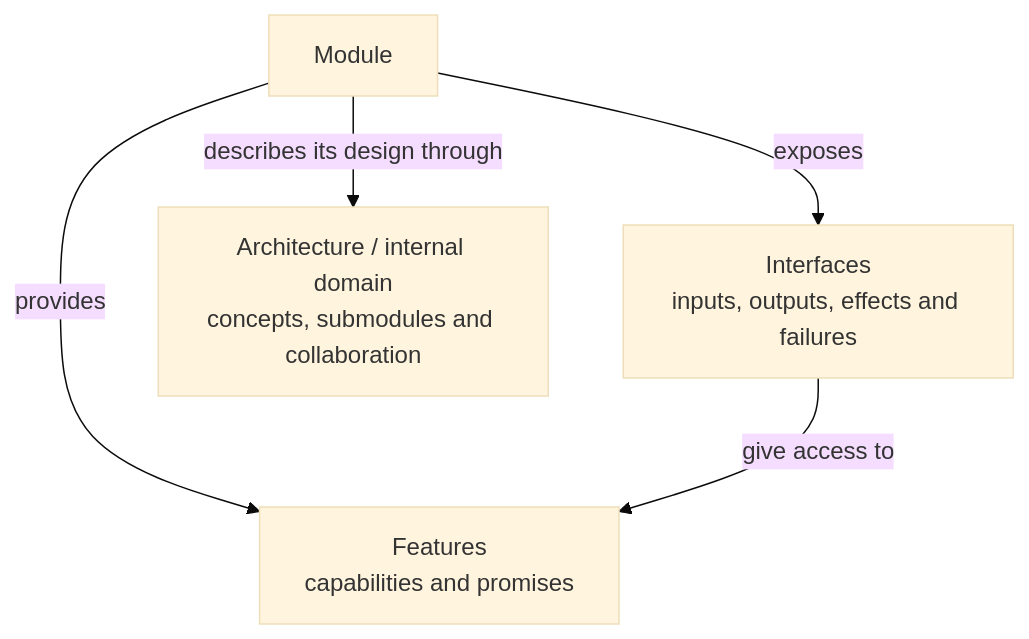
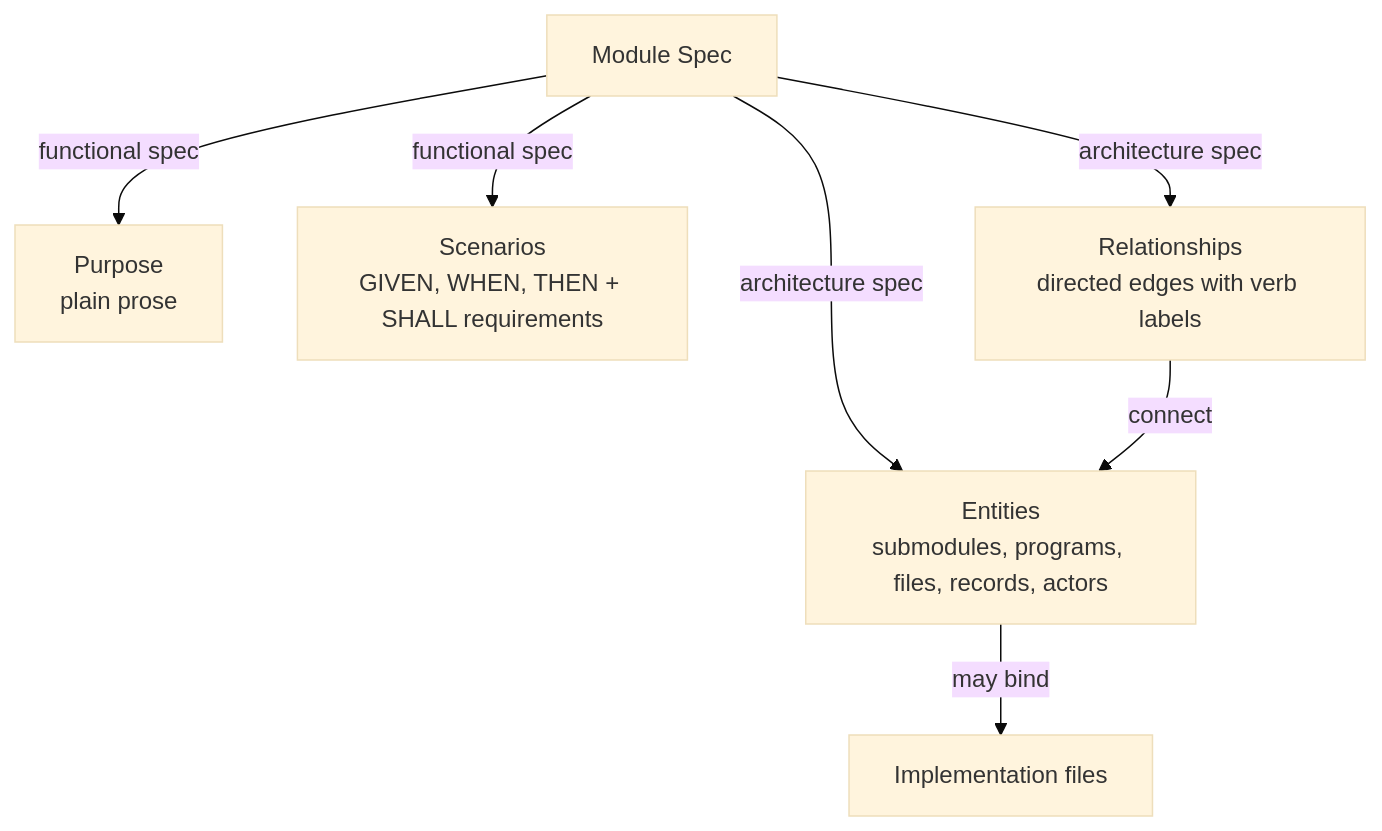
The first of 2 diagrams in protocol/module.md (FTOD/concorde), drawn with Mermaid (base theme) before and after one commit. The commit also changed other lines of this file and 166 other files, not shown here.

First line of the commit message:
refactor(protocol)!: adopt Spec Protocol 3.0 with four-part Module Specs

````diff
--- a/protocol/module.md
+++ b/protocol/module.md
@@ -7,13 +8,17 @@
 ```mermaid
 flowchart TB
-    accTitle: Information inside a Module contract
-    accDescr: A Module provides features, exposes interfaces for using those features, and describes an internal architecture. Features state observable promises, interfaces state exchange behavior, and architecture explains concepts, submodules and collaboration.
-    module["Module"]
-    features["Features<br/>capabilities and promises"]
-    interfaces["Interfaces<br/>inputs, outputs, effects and failures"]
-    architecture["Architecture / internal domain<br/>concepts, submodules and collaboration"]
-    module -->|provides| features
-    module -->|exposes| interfaces
-    interfaces -->|give access to| features
-    module -->|describes its design through| architecture
+    accTitle: Information inside a Module Spec
+    accDescr: A Module Spec has a functional half and an architecture half. The functional half states the purpose and the scenarios with their requirements. The architecture half states the entities and the labeled relationships between them. Entities may bind implementation files.
+    module["Module Spec"]
+    purpose["Purpose<br/>plain prose"]
+    scenarios["Scenarios<br/>GIVEN, WHEN, THEN + SHALL requirements"]
+    entities["Entities<br/>submodules, programs, files, records, actors"]
+    relationships["Relationships<br/>directed edges with verb labels"]
+    files["Implementation files"]
+    module -->|functional spec| purpose
+    module -->|functional spec| scenarios
+    module -->|architecture spec| entities
+    module -->|architecture spec| relationships
+    relationships -->|connect| entities
+    entities -->|may bind| files
 ```
````
